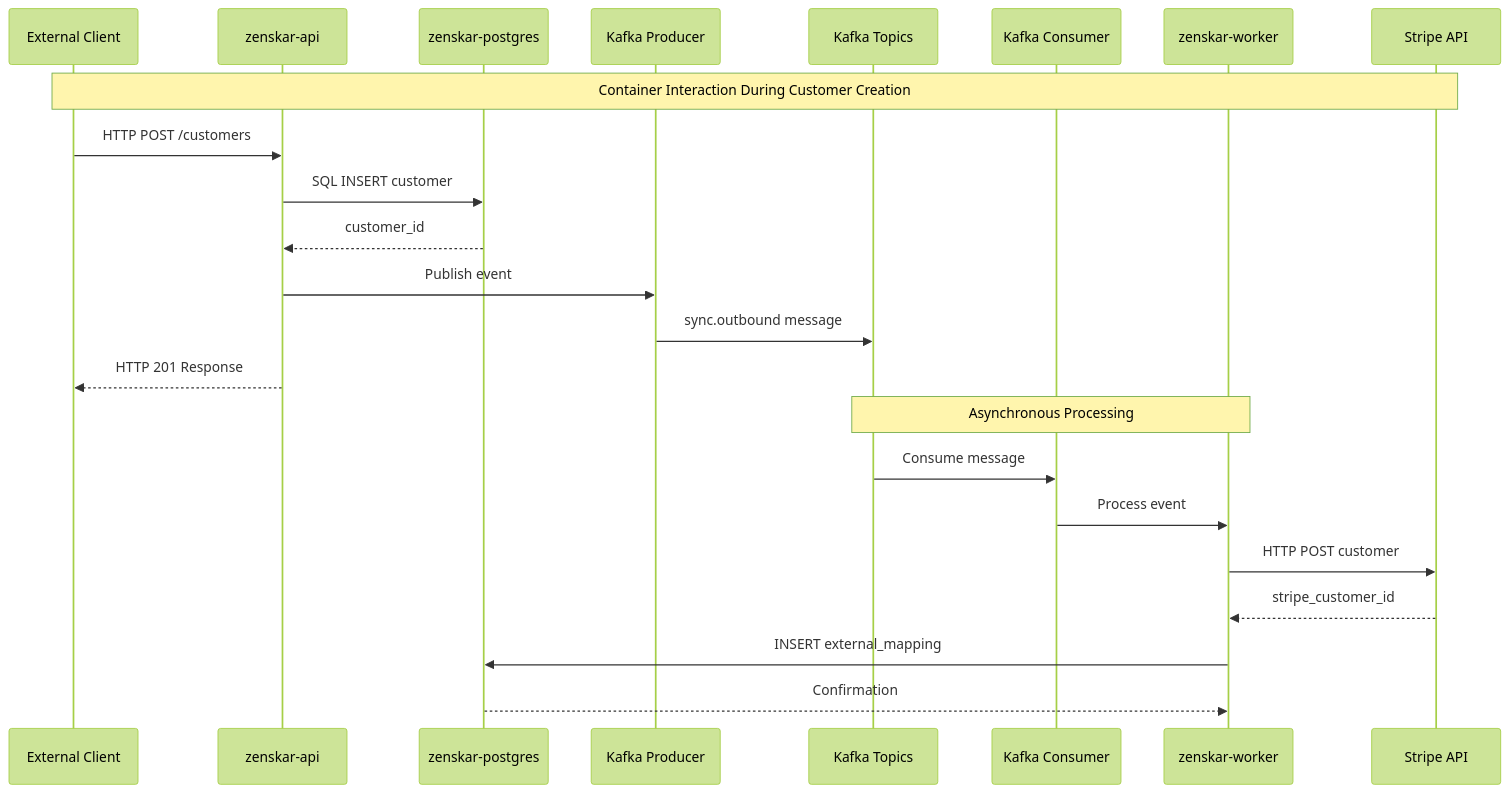
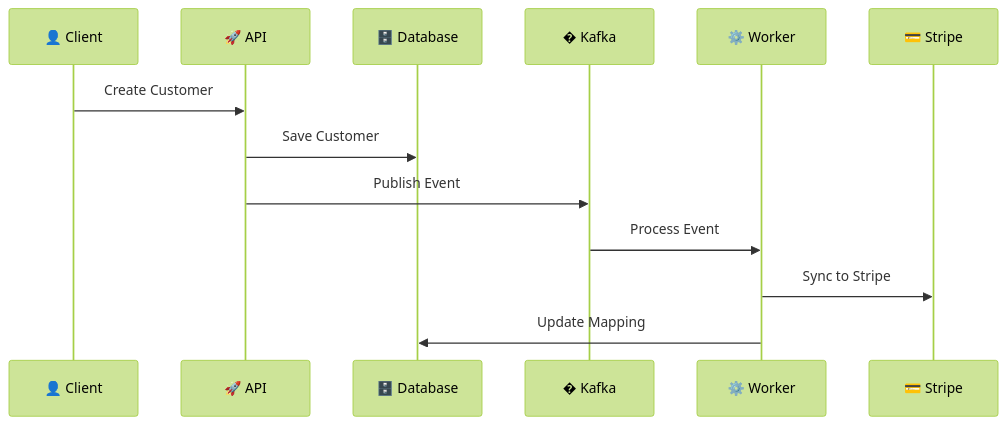
One commit to Shashankpantiitbhilai/SyncFlow changed the third of 6 diagrams in README.md. Above: the diagram before and after it, drawn with Mermaid (forest theme). The commit also changed other lines of this file, not shown here.

````diff
--- a/README.md
+++ b/README.md
@@ -161,29 +176,16 @@
 ```mermaid
 sequenceDiagram
-    participant Client as External Client
-    participant API as zenskar-api
-    participant DB as zenskar-postgres
-    participant KP as Kafka Producer
-    participant KT as Kafka Topics
-    participant KC as Kafka Consumer
-    participant Worker as zenskar-worker
-    participant Stripe as Stripe API
+    participant Client as 👤 Client
+    participant API as 🚀 API
+    participant DB as 🗄️ Database
+    participant Kafka as � Kafka
+    participant Worker as ⚙️ Worker
+    participant Stripe as 💳 Stripe
 
-    Note over Client,Stripe: Container Interaction During Customer Creation
-    
-    Client->>API: HTTP POST /customers
-    API->>DB: SQL INSERT customer
-    DB-->>API: customer_id
-    API->>KP: Publish event
-    KP->>KT: sync.outbound message
-    API-->>Client: HTTP 201 Response
-    
-    Note over KT,Worker: Asynchronous Processing
-    
-    KT->>KC: Consume message
-    KC->>Worker: Process event
-    Worker->>Stripe: HTTP POST customer
-    Stripe-->>Worker: stripe_customer_id
-    Worker->>DB: INSERT external_mapping
-    DB-->>Worker: Confirmation
+    Client->>API: Create Customer
+    API->>DB: Save Customer
+    API->>Kafka: Publish Event
+    Kafka->>Worker: Process Event
+    Worker->>Stripe: Sync to Stripe
+    Worker->>DB: Update Mapping
 ```
````
